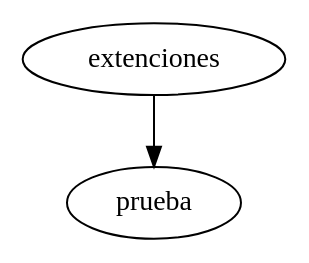
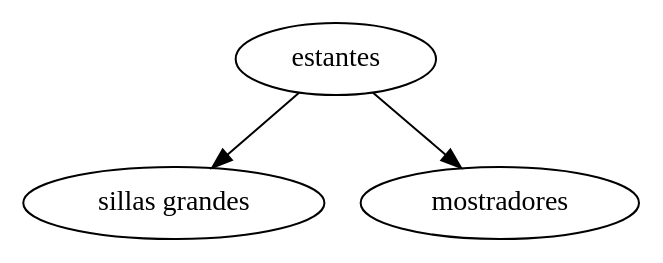
One commit to SaMuEl23PaJoC23/proyecto1_EDD_2S_Diciembre changed the diagram in Proyecto1/AVL.dot. Above: the diagram before and after it, drawn with Graphviz. The commit also changed 8 other files, not shown here.

```diff
--- a/Proyecto1/AVL.dot
+++ b/Proyecto1/AVL.dot
@@ -1,5 +1,7 @@
  digraph G{
-NodoAVL0x1b159d6d320[label = "extenciones"]
-NodoAVL0x1b159d6d320->NodoAVL0x1b159d6ce10
-NodoAVL0x1b159d6ce10[label = "prueba"]
+NodoAVL0x25c267fd260[label = "estantes"]
+NodoAVL0x25c267fd260->NodoAVL0x25c267fd140
+NodoAVL0x25c267fd260->NodoAVL0x25c267fc840
+NodoAVL0x25c267fd140[label = "sillas grandes"]
+NodoAVL0x25c267fc840[label = "mostradores"]
 }
```
